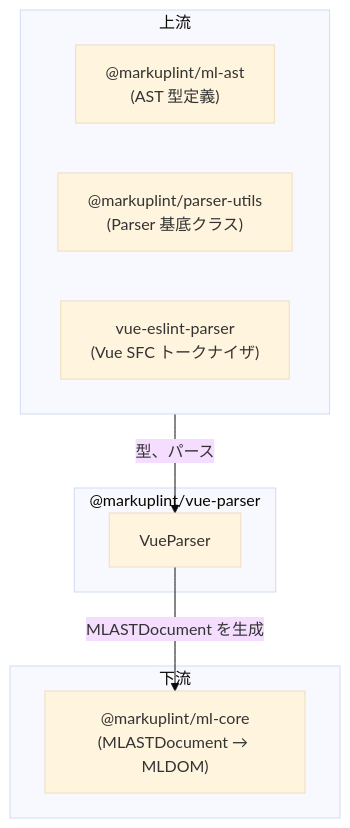
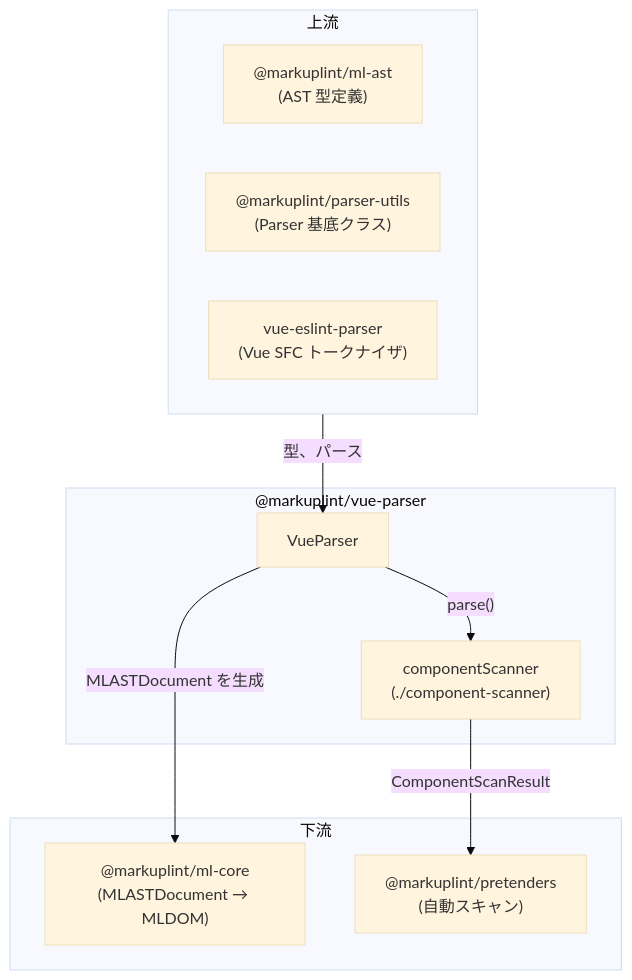
One commit to markuplint/markuplint changed the second of 2 diagrams in packages/@markuplint/vue-parser/ARCHITECTURE.ja.md. Above: the diagram before and after it, drawn with Mermaid (base theme). The commit also changed other lines of this file and 5 other files, not shown here.

First line of the commit message:
docs: add component-scanner to parser ARCHITECTURE.md files

````diff
--- a/packages/@markuplint/vue-parser/ARCHITECTURE.ja.md
+++ b/packages/@markuplint/vue-parser/ARCHITECTURE.ja.md
@@ -270,19 +277,23 @@
 ```mermaid
 flowchart TD
     subgraph upstream ["上流"]
         mlAst["@markuplint/ml-ast\n(AST 型定義)"]
         parserUtils["@markuplint/parser-utils\n(Parser 基底クラス)"]
         vueEslintParser["vue-eslint-parser\n(Vue SFC トークナイザ)"]
     end
 
     subgraph pkg ["@markuplint/vue-parser"]
         vueParser["VueParser"]
+        compScanner["componentScanner\n(./component-scanner)"]
     end
 
     subgraph downstream ["下流"]
         mlCore["@markuplint/ml-core\n(MLASTDocument → MLDOM)"]
+        pretenders["@markuplint/pretenders\n(自動スキャン)"]
     end
 
     upstream -->|"型、パース"| vueParser
     vueParser -->|"MLASTDocument を生成"| mlCore
+    vueParser -->|"parse()"| compScanner
+    compScanner -->|"ComponentScanResult"| pretenders
 ```
````
